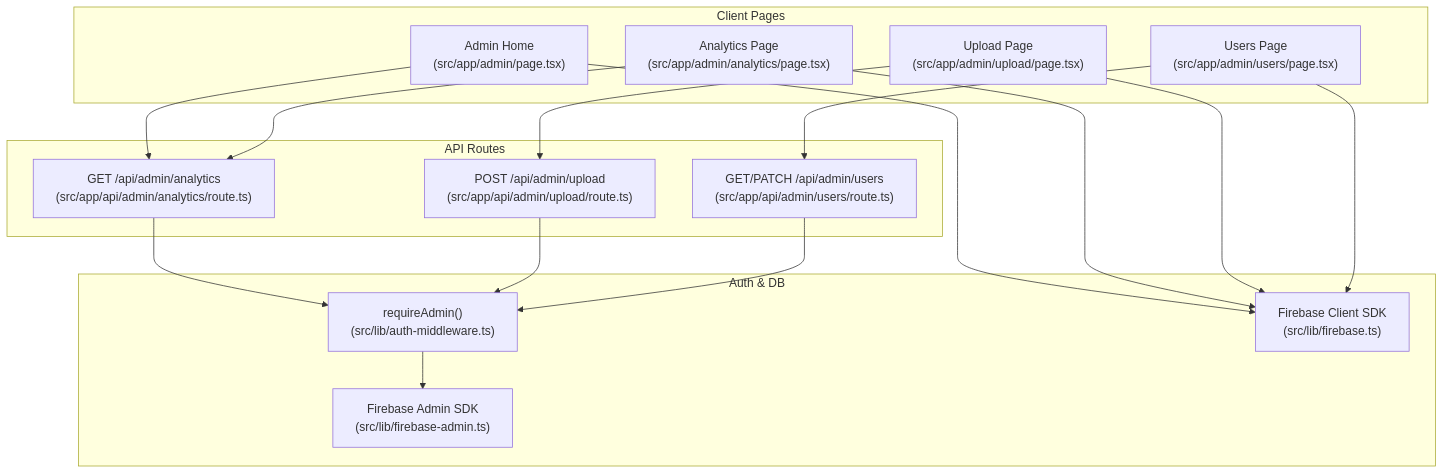
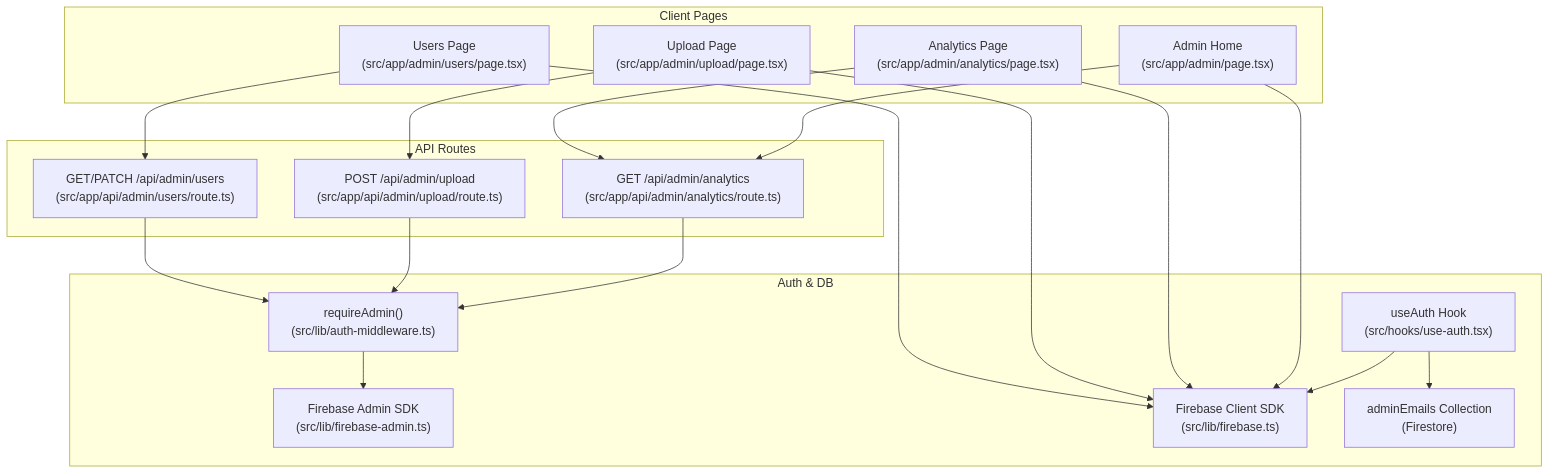
The first of 8 diagrams in .qoder/repowiki/en/content/Admin Panel/Admin Panel.md (alikizang/datafrica), drawn with Mermaid before and after one commit. The commit also changed other lines of this file and 15 other files, not shown here.

First line of the commit message:
Fix auth loading, add Firestore rules, KKiaPay webhook, admin redirect

````diff
--- a/.qoder/repowiki/en/content/Admin Panel/Admin Panel.md
+++ b/.qoder/repowiki/en/content/Admin Panel/Admin Panel.md
@@ -45,31 +52,35 @@
 ```mermaid
 graph TB
 subgraph "Client Pages"
 AdminHome["Admin Home<br/>(src/app/admin/page.tsx)"]
 AnalyticsPage["Analytics Page<br/>(src/app/admin/analytics/page.tsx)"]
 UploadPage["Upload Page<br/>(src/app/admin/upload/page.tsx)"]
 UsersPage["Users Page<br/>(src/app/admin/users/page.tsx)"]
 end
 subgraph "API Routes"
 APIAnalytics["GET /api/admin/analytics<br/>(src/app/api/admin/analytics/route.ts)"]
 APIUpload["POST /api/admin/upload<br/>(src/app/api/admin/upload/route.ts)"]
 APIUsers["GET/PATCH /api/admin/users<br/>(src/app/api/admin/users/route.ts)"]
 end
 subgraph "Auth & DB"
 AuthMW["requireAdmin()<br/>(src/lib/auth-middleware.ts)"]
 FBAdmin["Firebase Admin SDK<br/>(src/lib/firebase-admin.ts)"]
 FBClient["Firebase Client SDK<br/>(src/lib/firebase.ts)"]
+AuthHook["useAuth Hook<br/>(src/hooks/use-auth.tsx)"]
+AdminEmails["adminEmails Collection<br/>(Firestore)"]
 end
 AdminHome --> APIAnalytics
 AnalyticsPage --> APIAnalytics
 UploadPage --> APIUpload
 UsersPage --> APIUsers
 APIAnalytics --> AuthMW
 APIUpload --> AuthMW
 APIUsers --> AuthMW
 AuthMW --> FBAdmin
+AuthHook --> FBClient
+AuthHook --> AdminEmails
 AdminHome --> FBClient
 AnalyticsPage --> FBClient
 UploadPage --> FBClient
 UsersPage --> FBClient
 ```
````
